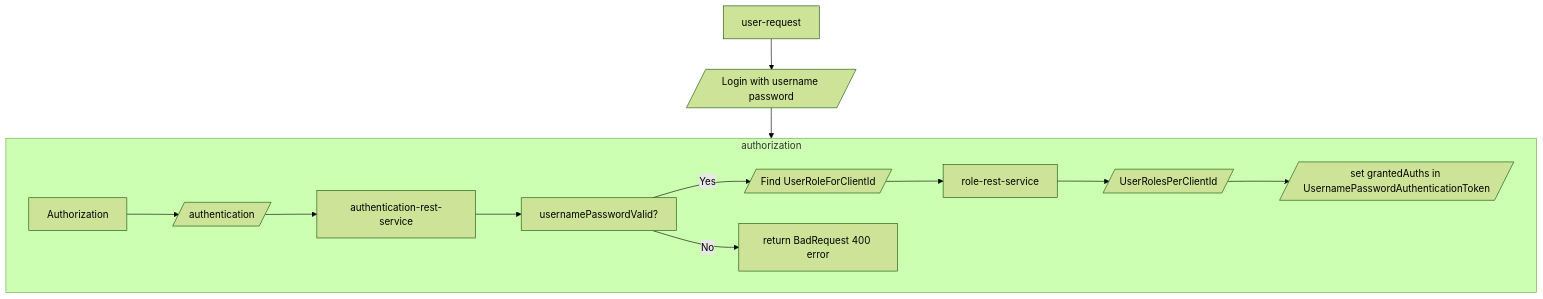
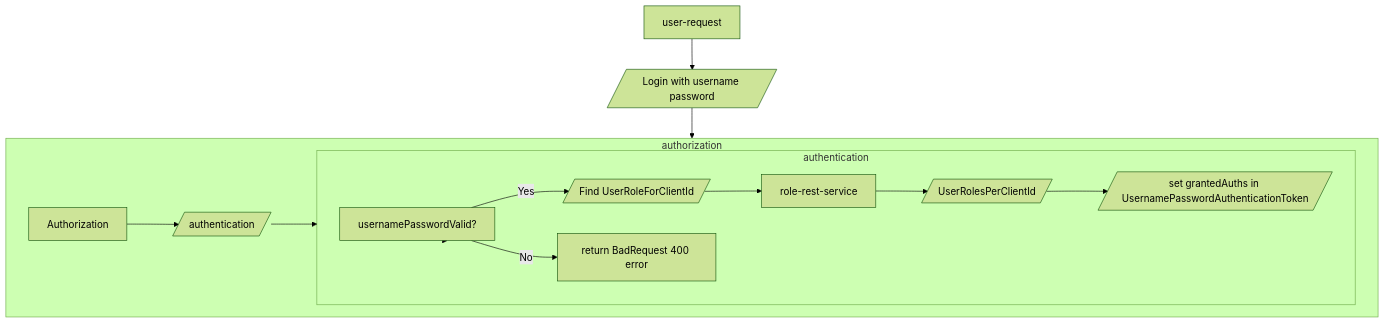
The diagram in README.md (sonamsamdupkhangsar/spring-authorization-serve), drawn with Mermaid (forest theme) before and after one commit.

````diff
--- a/README.md
+++ b/README.md
@@ -35,13 +35,16 @@
 ```mermaid
 flowchart TD
  User[user-request] -->login[/Login with username password/]--> authorization[Authorization]
  
  subgraph authorization
  Authorization-->authenticate[/authentication/]--> authentication[authentication-rest-service]
+ end
+ 
+ subgraph authentication
  authentication --> validateUsernameAndPassword["usernamePasswordValid?"]
  validateUsernameAndPassword -->|Yes| getUserRoleForClientId[/Find UserRoleForClientId/]
  validateUsernameAndPassword -->|No| returnError[return BadRequest 400 error]
  getUserRoleForClientId --> role-rest-service--> roles[/UserRolesPerClientId/]
  roles --> populateGrantedAuths[/set grantedAuths in UsernamePasswordAuthenticationToken/]  
  end 
 ```
````
